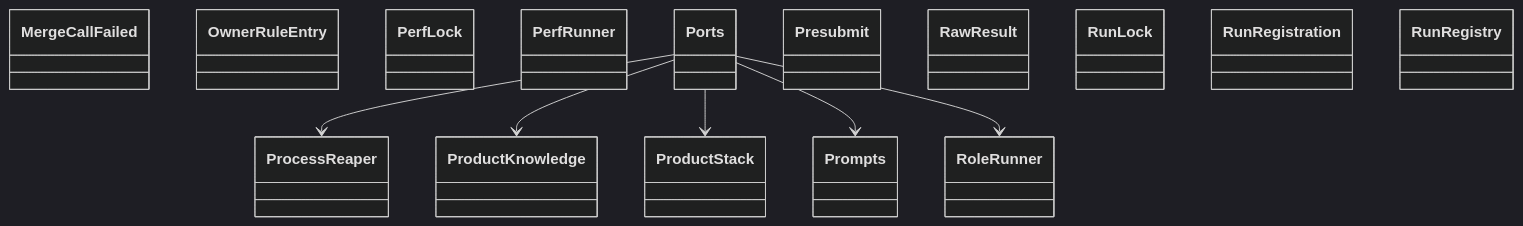
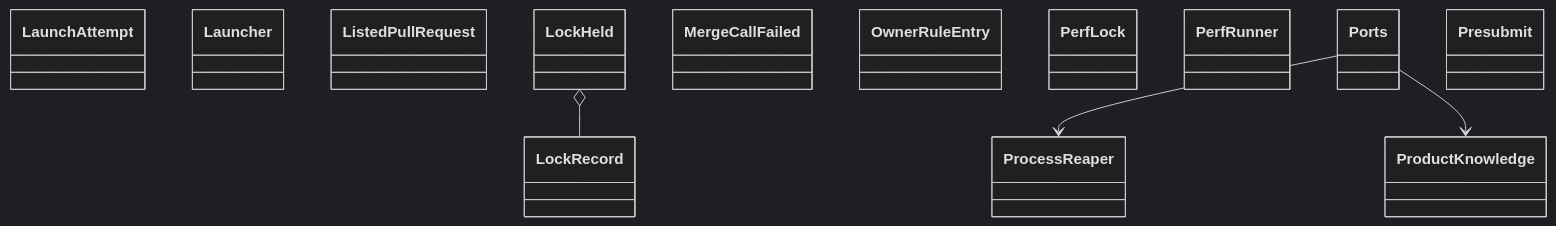
The diagram in docs/architecture/generated/classes-process-application-support-3.md (GonzaloZevallos/agentic-system), drawn with Mermaid (dark theme) before and after one commit. The commit also changed other lines of this file and 15 other files, not shown here.

````diff
--- a/docs/architecture/generated/classes-process-application-support-3.md
+++ b/docs/architecture/generated/classes-process-application-support-3.md
@@ -15,23 +16,19 @@
 ```mermaid
 classDiagram
+    class ports__LaunchAttempt["LaunchAttempt"]
+    class ports__Launcher["Launcher"]
+    class ports__ListedPullRequest["ListedPullRequest"]
+    class ports__LockHeld["LockHeld"]
+    class ports__LockRecord["LockRecord"]
     class ports__MergeCallFailed["MergeCallFailed"]
     class ports__OwnerRuleEntry["OwnerRuleEntry"]
     class ports__PerfLock["PerfLock"]
     class ports__PerfRunner["PerfRunner"]
     class ports__Ports["Ports"]
     class ports__Presubmit["Presubmit"]
     class ports__ProcessReaper["ProcessReaper"]
     class ports__ProductKnowledge["ProductKnowledge"]
-    class ports__ProductStack["ProductStack"]
-    class ports__Prompts["Prompts"]
-    class ports__RawResult["RawResult"]
-    class ports__RoleRunner["RoleRunner"]
-    class ports__RunLock["RunLock"]
-    class ports__RunRegistration["RunRegistration"]
-    class ports__RunRegistry["RunRegistry"]
+    ports__LockHeld o-- ports__LockRecord
     ports__Ports --> ports__ProcessReaper
     ports__Ports --> ports__ProductKnowledge
-    ports__Ports --> ports__ProductStack
-    ports__Ports --> ports__Prompts
-    ports__Ports --> ports__RoleRunner
 ```
````
